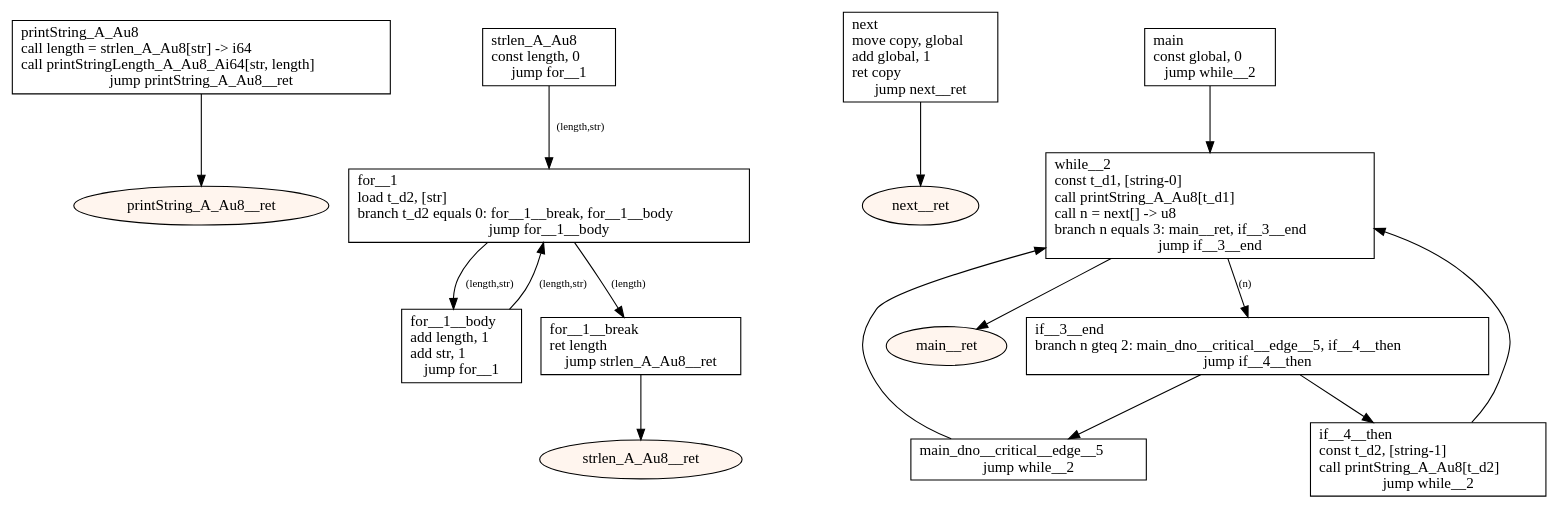
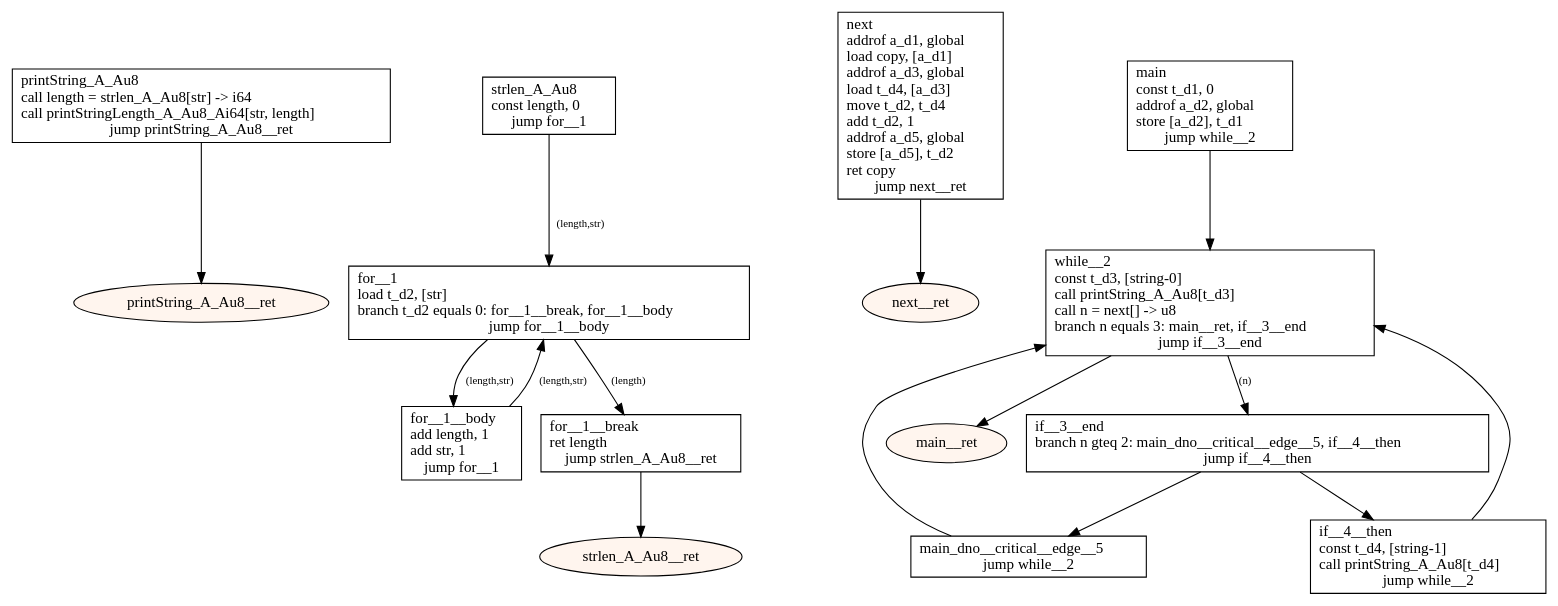
The diagram in src/main/resources-test/compiler/windows/global vars2.dot (tmssngr/tinyC), drawn with Graphviz before and after one commit. The commit also changed 52 other files, not shown here.

```diff
--- a/src/main/resources-test/compiler/windows/global vars2.dot
+++ b/src/main/resources-test/compiler/windows/global vars2.dot
@@ -1,40 +1,40 @@
 digraph program {
 	edge[fontsize="10pt"];
 	subgraph fn_printString_A_Au8 {
 		BasicBlock_0_printString_A_Au8 [label="printString_A_Au8\lcall length = strlen_A_Au8[str] -> i64\lcall printStringLength_A_Au8_Ai64[str, length]\ljump printString_A_Au8__ret",shape=box];
 		BasicBlock_0_printString_A_Au8 -> BasicBlock_0_printString_A_Au8__ret;
 		BasicBlock_0_printString_A_Au8__ret [label="printString_A_Au8__ret",shape=oval,style=filled,fillcolor="#fff5ee"];
 	}
 	subgraph fn_strlen_A_Au8 {
 		BasicBlock_1_strlen_A_Au8 [label="strlen_A_Au8\lconst length, 0\ljump for__1",shape=box];
 		BasicBlock_1_strlen_A_Au8 -> BasicBlock_1_for__1 [label="(length,str)"];
 		BasicBlock_1_for__1__body [label="for__1__body\ladd length, 1\ladd str, 1\ljump for__1",shape=box];
 		BasicBlock_1_for__1__body -> BasicBlock_1_for__1 [label="(length,str)"];
 		BasicBlock_1_for__1 [label="for__1\lload t_d2, [str]\lbranch t_d2 equals 0: for__1__break, for__1__body\ljump for__1__body",shape=box];
 		BasicBlock_1_for__1 -> BasicBlock_1_for__1__break [label="(length)"];
 		BasicBlock_1_for__1 -> BasicBlock_1_for__1__body [label="(length,str)"];
 		BasicBlock_1_for__1__break [label="for__1__break\lret length\ljump strlen_A_Au8__ret",shape=box];
 		BasicBlock_1_for__1__break -> BasicBlock_1_strlen_A_Au8__ret;
 		BasicBlock_1_strlen_A_Au8__ret [label="strlen_A_Au8__ret",shape=oval,style=filled,fillcolor="#fff5ee"];
 	}
 	subgraph fn_next {
-		BasicBlock_2_next [label="next\lmove copy, global\ladd global, 1\lret copy\ljump next__ret",shape=box];
+		BasicBlock_2_next [label="next\laddrof a_d1, global\lload copy, [a_d1]\laddrof a_d3, global\lload t_d4, [a_d3]\lmove t_d2, t_d4\ladd t_d2, 1\laddrof a_d5, global\lstore [a_d5], t_d2\lret copy\ljump next__ret",shape=box];
 		BasicBlock_2_next -> BasicBlock_2_next__ret;
 		BasicBlock_2_next__ret [label="next__ret",shape=oval,style=filled,fillcolor="#fff5ee"];
 	}
 	subgraph fn_main {
-		BasicBlock_3_main [label="main\lconst global, 0\ljump while__2",shape=box];
+		BasicBlock_3_main [label="main\lconst t_d1, 0\laddrof a_d2, global\lstore [a_d2], t_d1\ljump while__2",shape=box];
 		BasicBlock_3_main -> BasicBlock_3_while__2;
 		BasicBlock_3_if__3__end [label="if__3__end\lbranch n gteq 2: main_dno__critical__edge__5, if__4__then\ljump if__4__then",shape=box];
 		BasicBlock_3_if__3__end -> BasicBlock_3_main_dno__critical__edge__5;
 		BasicBlock_3_if__3__end -> BasicBlock_3_if__4__then;
 		BasicBlock_3_main_dno__critical__edge__5 [label="main_dno__critical__edge__5\ljump while__2",shape=box];
 		BasicBlock_3_main_dno__critical__edge__5 -> BasicBlock_3_while__2;
-		BasicBlock_3_if__4__then [label="if__4__then\lconst t_d2, [string-1]\lcall printString_A_Au8[t_d2]\ljump while__2",shape=box];
+		BasicBlock_3_if__4__then [label="if__4__then\lconst t_d4, [string-1]\lcall printString_A_Au8[t_d4]\ljump while__2",shape=box];
 		BasicBlock_3_if__4__then -> BasicBlock_3_while__2;
-		BasicBlock_3_while__2 [label="while__2\lconst t_d1, [string-0]\lcall printString_A_Au8[t_d1]\lcall n = next[] -> u8\lbranch n equals 3: main__ret, if__3__end\ljump if__3__end",shape=box];
+		BasicBlock_3_while__2 [label="while__2\lconst t_d3, [string-0]\lcall printString_A_Au8[t_d3]\lcall n = next[] -> u8\lbranch n equals 3: main__ret, if__3__end\ljump if__3__end",shape=box];
 		BasicBlock_3_while__2 -> BasicBlock_3_main__ret;
 		BasicBlock_3_while__2 -> BasicBlock_3_if__3__end [label="(n)"];
 		BasicBlock_3_main__ret [label="main__ret",shape=oval,style=filled,fillcolor="#fff5ee"];
 	}
 }
```
